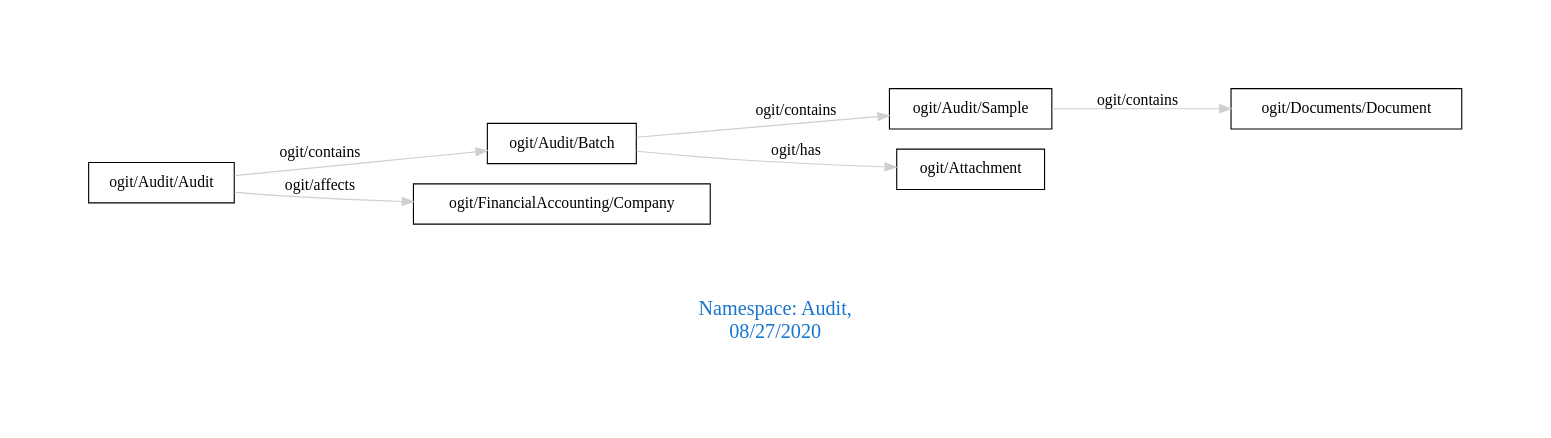
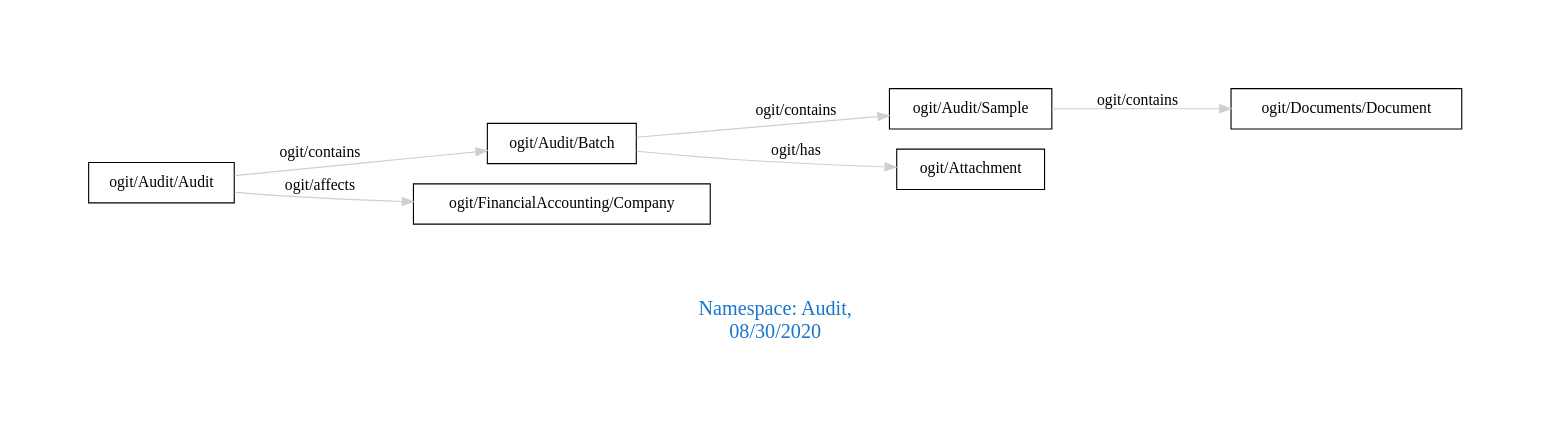
One commit to arago/OGIT changed the diagram in downloads/Audit.dot. Above: the diagram before and after it, drawn with Graphviz. The commit also changed 1811 other files, not shown here.

```diff
--- a/downloads/Audit.dot
+++ b/downloads/Audit.dot
@@ -1,13 +1,13 @@
 digraph OGIT_ontology {
  graph [ rankdir= LR,pad=1 
 fontsize = 18,
-fontcolor= dodgerblue3,label = "\n\n\nNamespace: Audit, \n 08/27/2020"];
+fontcolor= dodgerblue3,label = "\n\n\nNamespace: Audit, \n 08/30/2020"];
 node[shape=polygon];
 edge [  color="gray81"];
 
    "ogit/Audit/Audit" -> "ogit/Audit/Batch" [label="   ogit/contains    "];
    "ogit/Audit/Batch" -> "ogit/Audit/Sample" [label="   ogit/contains    "];
    "ogit/Audit/Sample" -> "ogit/Documents/Document" [label="   ogit/contains    "];
    "ogit/Audit/Audit" -> "ogit/FinancialAccounting/Company" [label="   ogit/affects    "];
    "ogit/Audit/Batch" -> "ogit/Attachment" [label="   ogit/has    "];
 }
```
